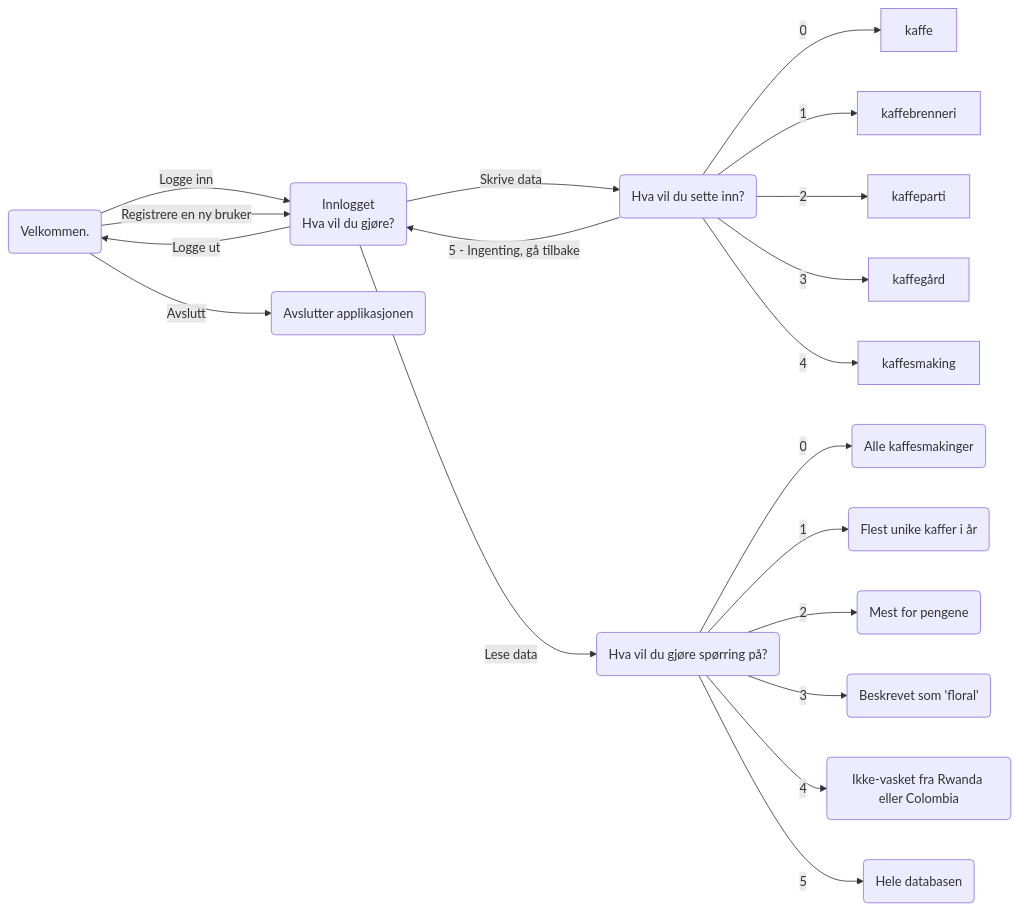
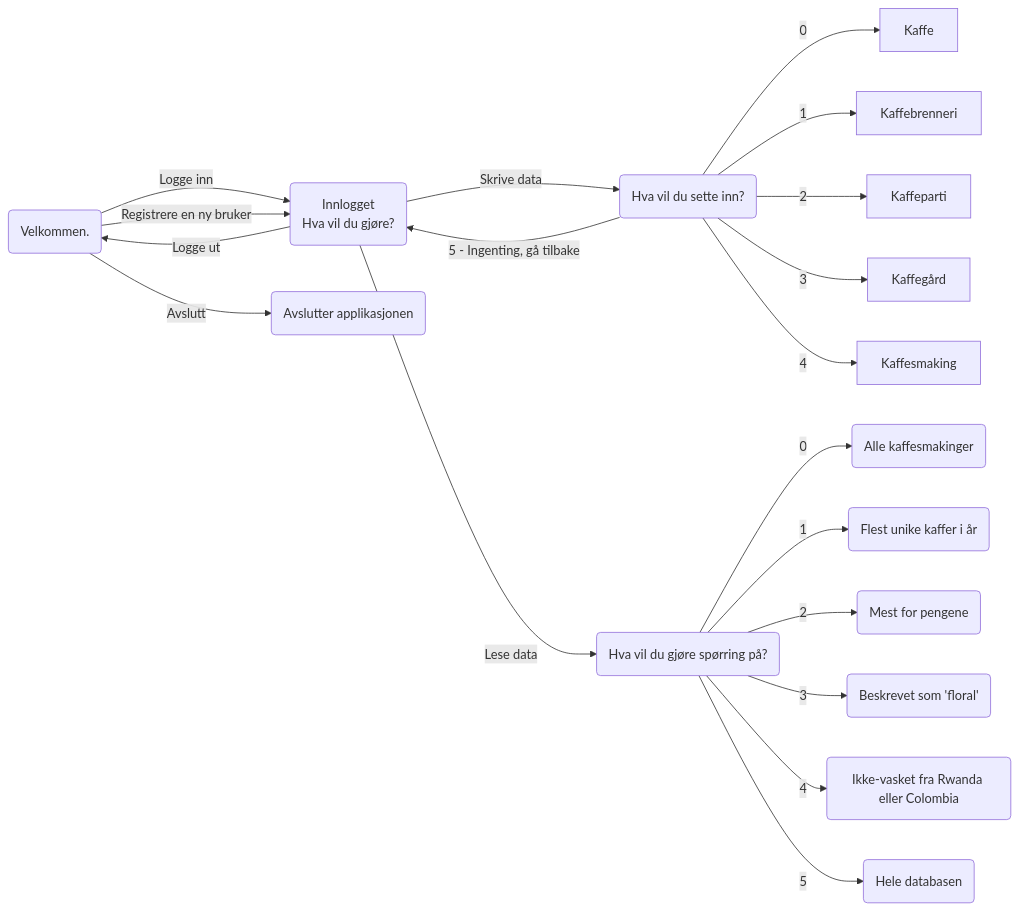
Before and after one commit to magnetenstad/TDT4145-project: the first of 2 diagrams in db2/README.md, drawn with Mermaid. The commit also changed other lines of this file and 2 other files, not shown here.

````diff
--- a/db2/README.md
+++ b/db2/README.md
@@ -66,40 +64,40 @@
 ```mermaid
 flowchart LR
   main(Velkommen.)
 
   logged_in(Innlogget \n Hva vil du gjøre?)
   
   select(Hva vil du gjøre spørring på?)
   insert(Hva vil du sette inn?)
   exit(Avslutter applikasjonen)
 
   select_0(Alle kaffesmakinger)
   select_1(Flest unike kaffer i år)
   select_2(Mest for pengene)
   select_3(Beskrevet som 'floral')
   select_4(Ikke-vasket fra Rwanda eller Colombia)
   select_5(Hele databasen)
 
   main -->|Logge inn| logged_in
   main -->|Registrere en ny bruker| logged_in
   main -->|Avslutt| exit
 
   logged_in -->|Skrive data| insert
   logged_in -->|Lese data| select
   logged_in -->|Logge ut| main
 
   select -->|0| select_0
   select -->|1| select_1
   select -->|2| select_2
   select -->|3| select_3
   select -->|4| select_4
   select -->|5| select_5
 
-  insert --> |0| kaffe
-  insert --> |1| kaffebrenneri
-  insert --> |2| kaffeparti
-  insert --> |3| kaffegård
-  insert --> |4| kaffesmaking
+  insert --> |0| Kaffe
+  insert --> |1| Kaffebrenneri
+  insert --> |2| Kaffeparti
+  insert --> |3| Kaffegård
+  insert --> |4| Kaffesmaking
   insert --> |5 - Ingenting, gå tilbake | logged_in
 
 ```
````
